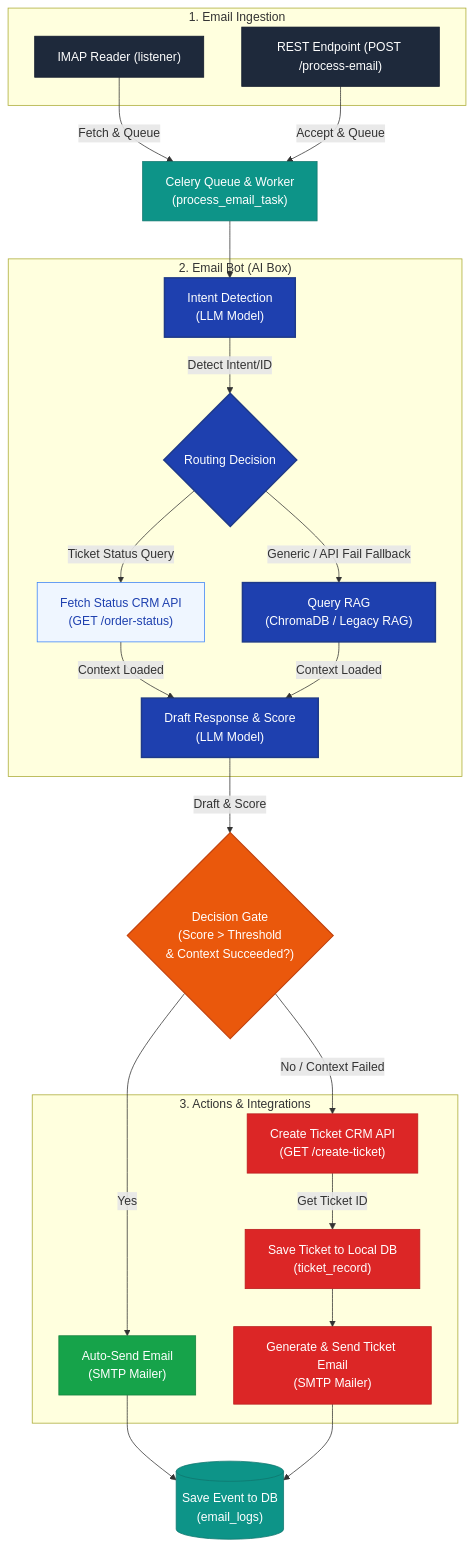
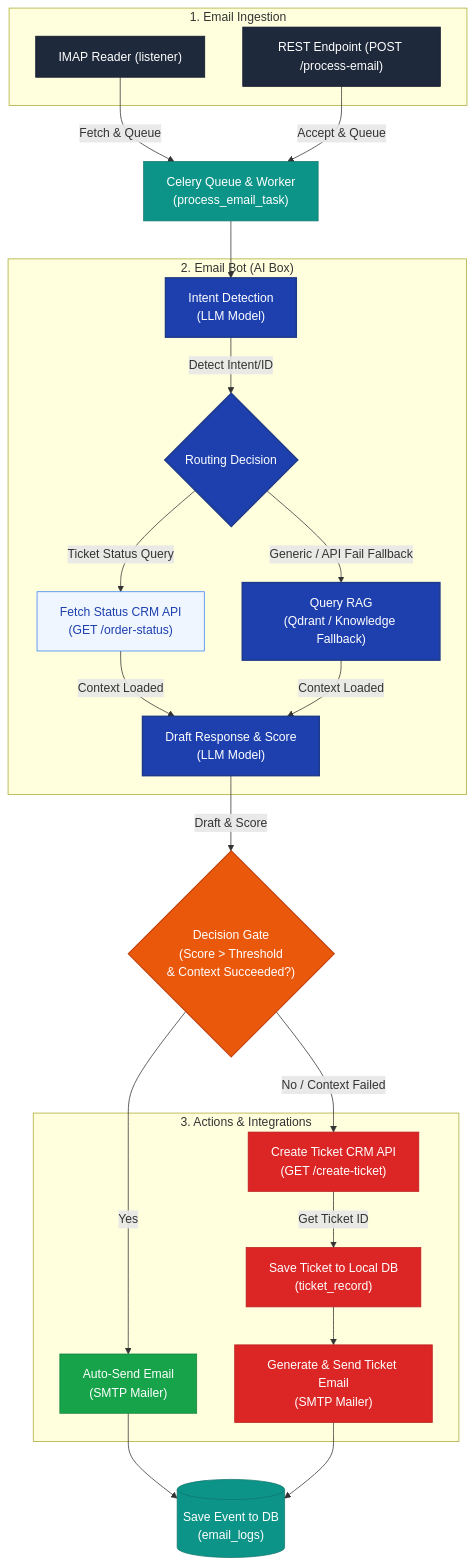
Before and after one commit to hyper-is-op/ai_mail_bot: the diagram in email_bot_flow.md, drawn with Mermaid. The commit also changed 231 other files, not shown here.

````diff
--- a/email_bot_flow.md
+++ b/email_bot_flow.md
@@ -9,62 +9,62 @@
 ```mermaid
 graph TD
     %% Styling
     classDef source fill:#1e293b,stroke:#0f172a,stroke-width:1px,color:#fff;
     classDef worker fill:#0d9488,stroke:#0f766e,stroke-width:1px,color:#fff;
     classDef bot fill:#1e40af,stroke:#1e3a8a,stroke-width:2px,color:#fff;
     classDef decision fill:#ea580c,stroke:#c2410c,stroke-width:1.5px,color:#fff;
     classDef action fill:#16a34a,stroke:#15803d,stroke-width:1px,color:#fff;
     classDef escalate fill:#dc2626,stroke:#b91c1c,stroke-width:1px,color:#fff;
     classDef api fill:#eff6ff,stroke:#3b82f6,stroke-width:1px,color:#1e40af;
 
     %% Ingestion
     subgraph Ingestion["1. Email Ingestion"]
         A1["IMAP Reader (listener)"]:::source
         A2["REST Endpoint (POST /process-email)"]:::source
     end
     
     %% Celery
     B["Celery Queue & Worker<br/>(process_email_task)"]:::worker
     
     A1 -->|Fetch & Queue| B
     A2 -->|Accept & Queue| B
     
     %% Email Bot
     subgraph EmailBot["2. Email Bot (AI Box)"]
         C["Intent Detection<br/>(LLM Model)"]:::bot
         D{"Routing Decision"}:::bot
         E1["Fetch Status CRM API<br/>(GET /order-status)"]:::api
-        E2["Query RAG<br/>(ChromaDB / Legacy RAG)"]:::bot
+        E2["Query RAG<br/>(Qdrant / Knowledge Fallback)"]:::bot
         F["Draft Response & Score<br/>(LLM Model)"]:::bot
     end
     
     B --> C
     C -->|Detect Intent/ID| D
     D -->|Ticket Status Query| E1
     D -->|Generic / API Fail Fallback| E2
     E1 -->|Context Loaded| F
     E2 -->|Context Loaded| F
     
     %% Decision Gate
     G{"Decision Gate<br/>(Score > Threshold<br/>& Context Succeeded?)"}:::decision
     
     F -->|Draft & Score| G
     
     %% Output Actions
     subgraph Response["3. Actions & Integrations"]
         H["Auto-Send Email<br/>(SMTP Mailer)"]:::action
         I["Create Ticket CRM API<br/>(GET /create-ticket)"]:::escalate
         J["Save Ticket to Local DB<br/>(ticket_record)"]:::escalate
         K["Generate & Send Ticket Email<br/>(SMTP Mailer)"]:::escalate
     end
     
     G -->|Yes| H
     G -->|No / Context Failed| I
     I -->|Get Ticket ID| J
     J --> K
     
     %% Event Logging
     L[("Save Event to DB<br/>(email_logs)")]:::worker
     H --> L
     K --> L
 ```
````
